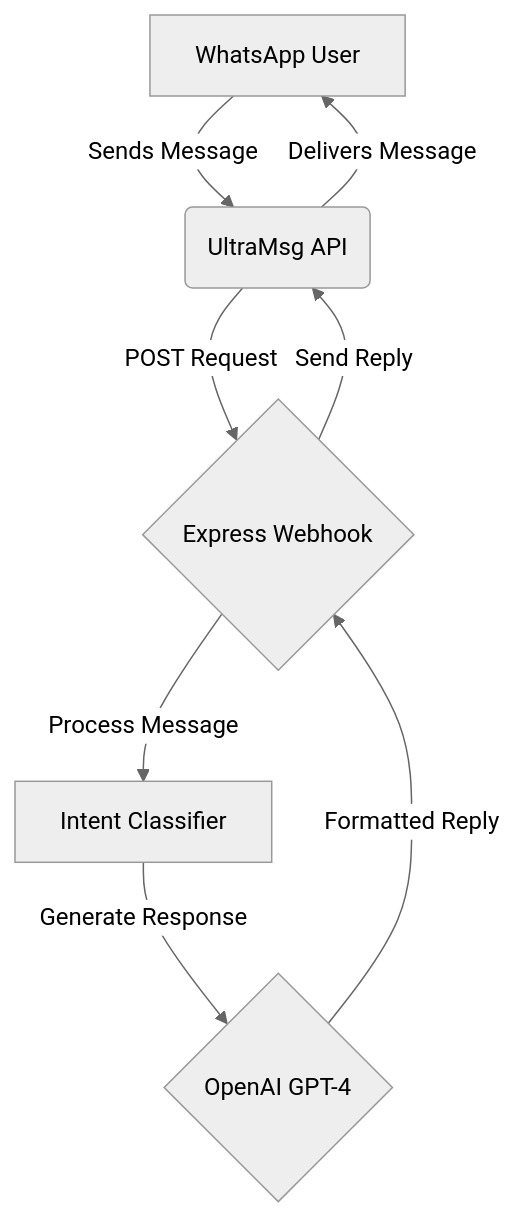
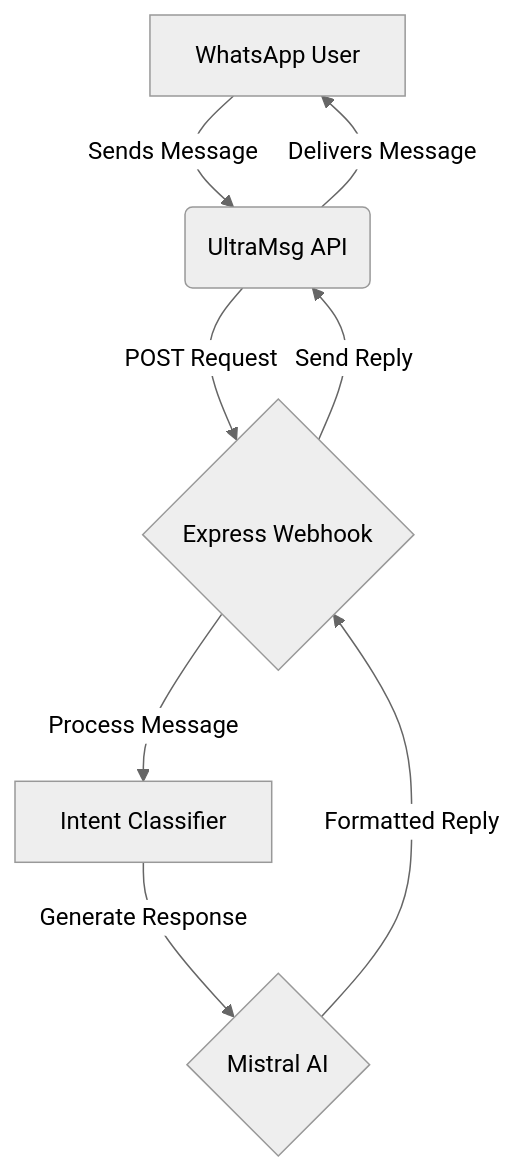
Before and after one commit to NovusAevum/hanis-whatsapp-bot: the diagram in README.md, drawn with Mermaid (neutral theme). The commit also changed other lines of this file and 2 other files, not shown here.

First line of the commit message:
feat: Switch AI provider to Mistral AI

````diff
--- a/README.md
+++ b/README.md
@@ -34,10 +34,10 @@
 ```mermaid
 graph TD;
     A[WhatsApp User] -->|Sends Message| B(UltraMsg API);
     B -->|POST Request| C{Express Webhook};
     C -->|Process Message| D[Intent Classifier];
-    D -->|Generate Response| E{OpenAI GPT-4};
+    D -->|Generate Response| E{Mistral AI};
     E -->|Formatted Reply| C;
     C -->|Send Reply| B;
     B -->|Delivers Message| A;
 ```
````
